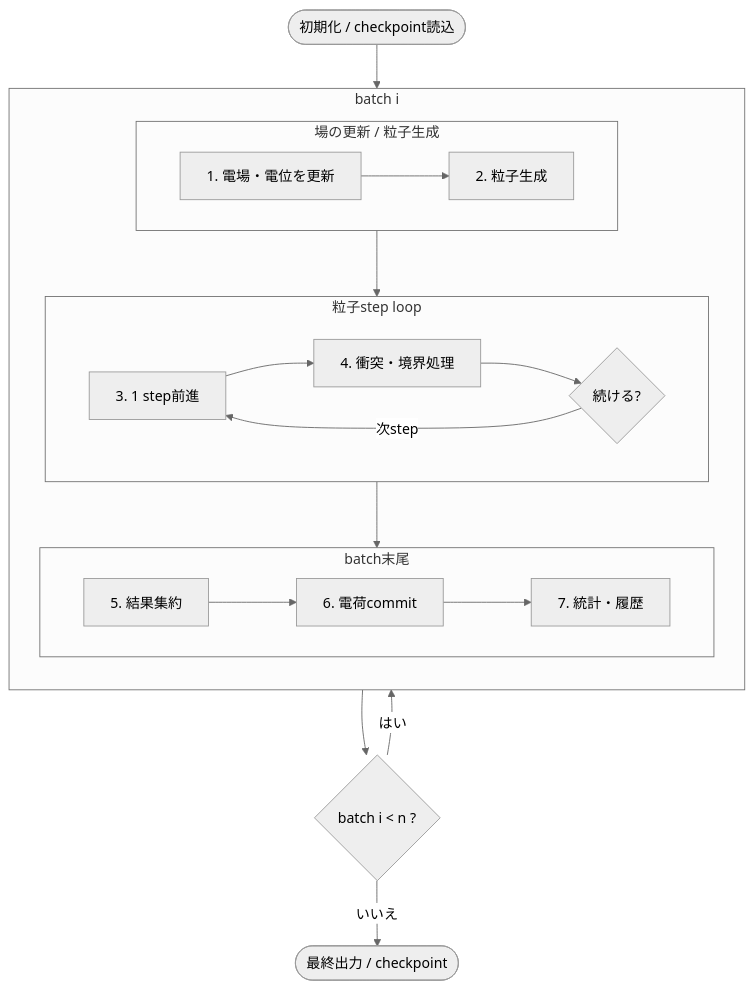
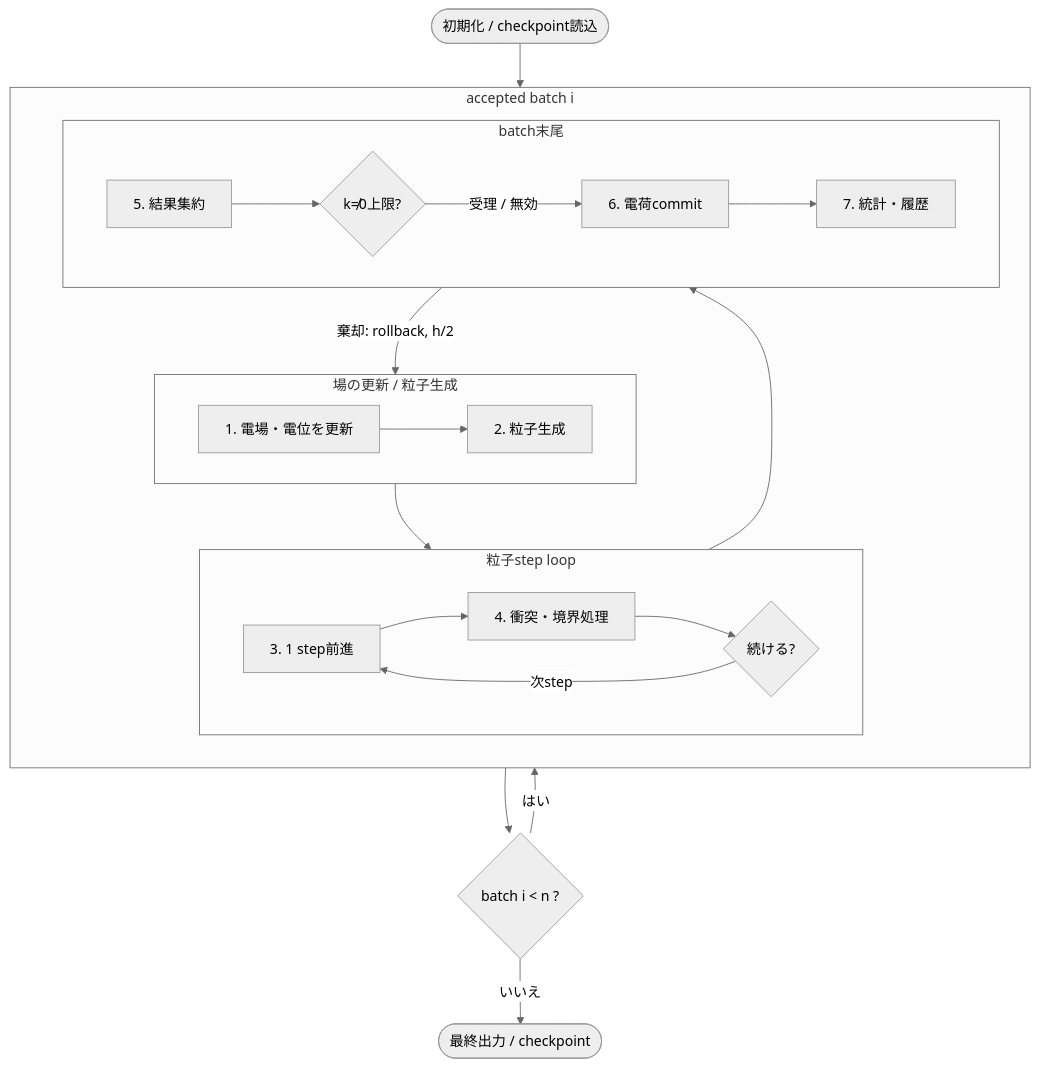
One commit to Nkzono99/BEACH changed the diagram in docs/Algorithms.md. Above: the diagram before and after it, drawn with Mermaid (neutral theme). The commit also changed other lines of this file and 46 other files, not shown here.

````diff
--- a/docs/Algorithms.md
+++ b/docs/Algorithms.md
@@ -16,32 +16,34 @@
 ```mermaid
 flowchart TD
     start(["初期化 / checkpoint読込"])
     more{"batch i < n ?"}
 
-    subgraph batch["batch i"]
+    subgraph batch["accepted batch i"]
         direction TB
         subgraph prepare["場の更新 / 粒子生成"]
             direction LR
             p1["1. 電場・電位を更新"] --> p2["2. 粒子生成"]
         end
 
         subgraph particle_loop["粒子step loop"]
             direction LR
             p3["3. 1 step前進"] --> p4["4. 衝突・境界処理"] --> tracking{"続ける?"}
             tracking -- "次step" --> p3
         end
 
         subgraph batch_end["batch末尾"]
             direction LR
-            p5["5. 結果集約"] --> p6["6. 電荷commit"] --> p7["7. 統計・履歴"]
+            p5["5. 結果集約"] --> trust{"k≠0上限?"}
+            trust -- "受理 / 無効" --> p6["6. 電荷commit"] --> p7["7. 統計・履歴"]
         end
 
         prepare --> particle_loop --> batch_end
+        trust -- "棄却: rollback, h/2" --> p2
     end
 
     finish(["最終出力 / checkpoint"])
     start --> prepare
     more -- "はい" --> prepare
     batch_end --> more
     more -- "いいえ" --> finish
 ```
````
